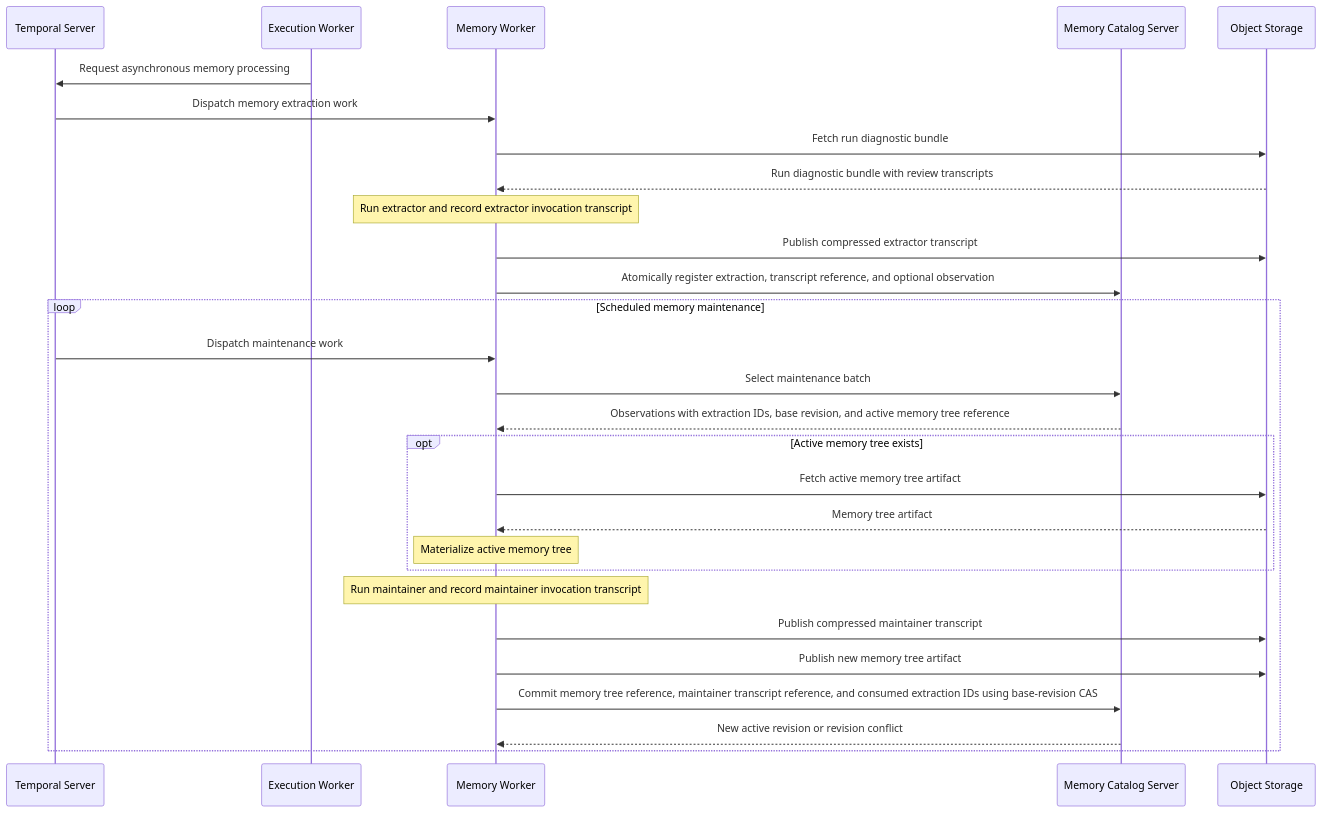
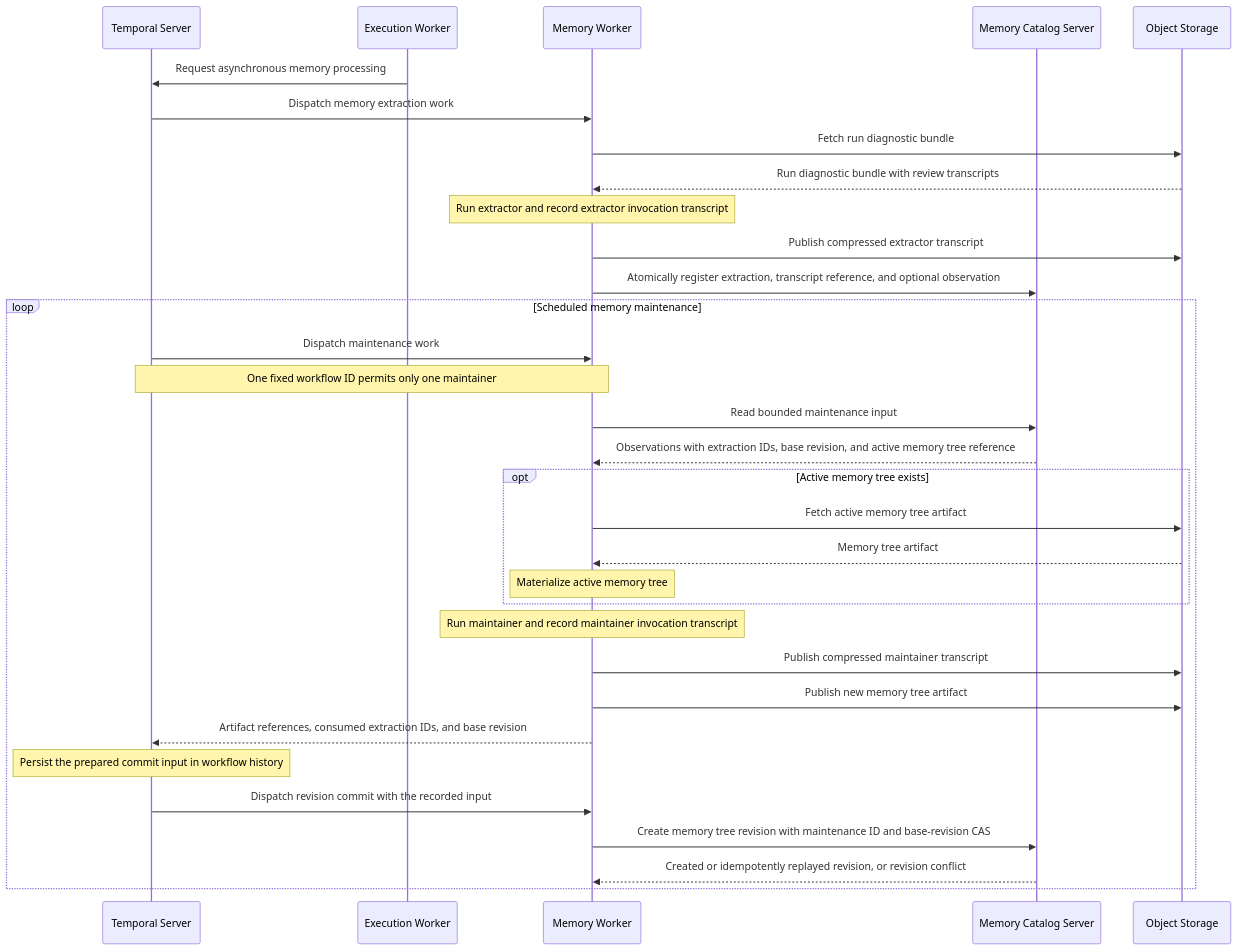
One commit to Agent-AI-Chalmers/sec-review-bot changed the second of 2 diagrams in docs/architecture/SYSTEM_ARCHITECTURE.md. Above: the diagram before and after it, drawn with Mermaid. The commit also changed 22 other files, not shown here.

Commit message:
refactor(memory)!: make revision commits idempotent

````diff
--- a/docs/architecture/SYSTEM_ARCHITECTURE.md
+++ b/docs/architecture/SYSTEM_ARCHITECTURE.md
@@ -61,31 +61,35 @@
 ```mermaid
 sequenceDiagram
   participant Temporal as Temporal Server
   participant ExecutionWorker as Execution Worker
   participant MemoryWorker as Memory Worker
   participant Catalog as Memory Catalog Server
   participant Storage as Object Storage
 
   ExecutionWorker->>Temporal: Request asynchronous memory processing
   Temporal->>MemoryWorker: Dispatch memory extraction work
   MemoryWorker->>Storage: Fetch run diagnostic bundle
   Storage-->>MemoryWorker: Run diagnostic bundle with review transcripts
   Note over MemoryWorker: Run extractor and record extractor invocation transcript
   MemoryWorker->>Storage: Publish compressed extractor transcript
   MemoryWorker->>Catalog: Atomically register extraction, transcript reference, and optional observation
   loop Scheduled memory maintenance
     Temporal->>MemoryWorker: Dispatch maintenance work
-    MemoryWorker->>Catalog: Select maintenance batch
+    Note over Temporal,MemoryWorker: One fixed workflow ID permits only one maintainer
+    MemoryWorker->>Catalog: Read bounded maintenance input
     Catalog-->>MemoryWorker: Observations with extraction IDs, base revision, and active memory tree reference
     opt Active memory tree exists
       MemoryWorker->>Storage: Fetch active memory tree artifact
       Storage-->>MemoryWorker: Memory tree artifact
       Note over MemoryWorker: Materialize active memory tree
     end
     Note over MemoryWorker: Run maintainer and record maintainer invocation transcript
     MemoryWorker->>Storage: Publish compressed maintainer transcript
     MemoryWorker->>Storage: Publish new memory tree artifact
-    MemoryWorker->>Catalog: Commit memory tree reference, maintainer transcript reference, and consumed extraction IDs using base-revision CAS
-    Catalog-->>MemoryWorker: New active revision or revision conflict
+    MemoryWorker-->>Temporal: Artifact references, consumed extraction IDs, and base revision
+    Note over Temporal: Persist the prepared commit input in workflow history
+    Temporal->>MemoryWorker: Dispatch revision commit with the recorded input
+    MemoryWorker->>Catalog: Create memory tree revision with maintenance ID and base-revision CAS
+    Catalog-->>MemoryWorker: Created or idempotently replayed revision, or revision conflict
   end
 ```
````
